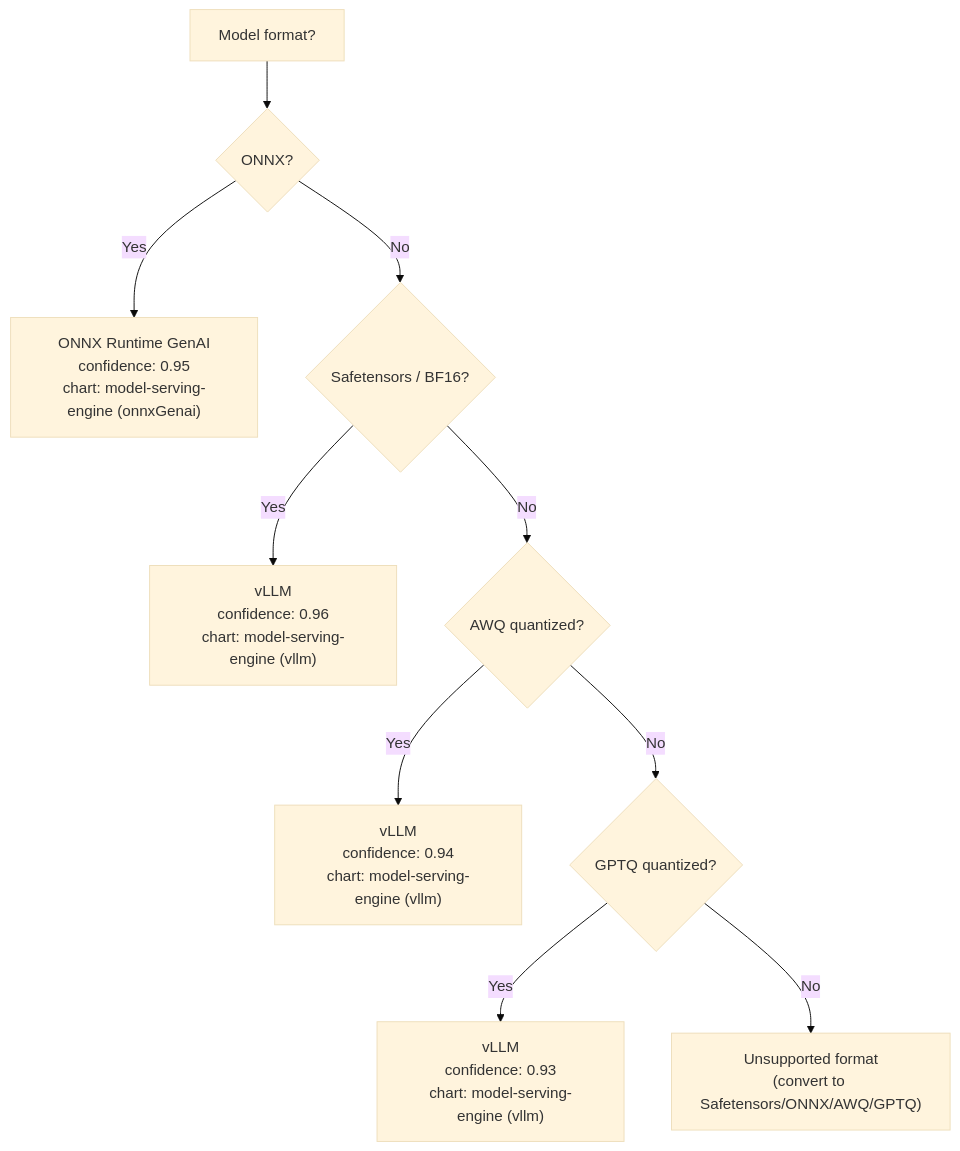
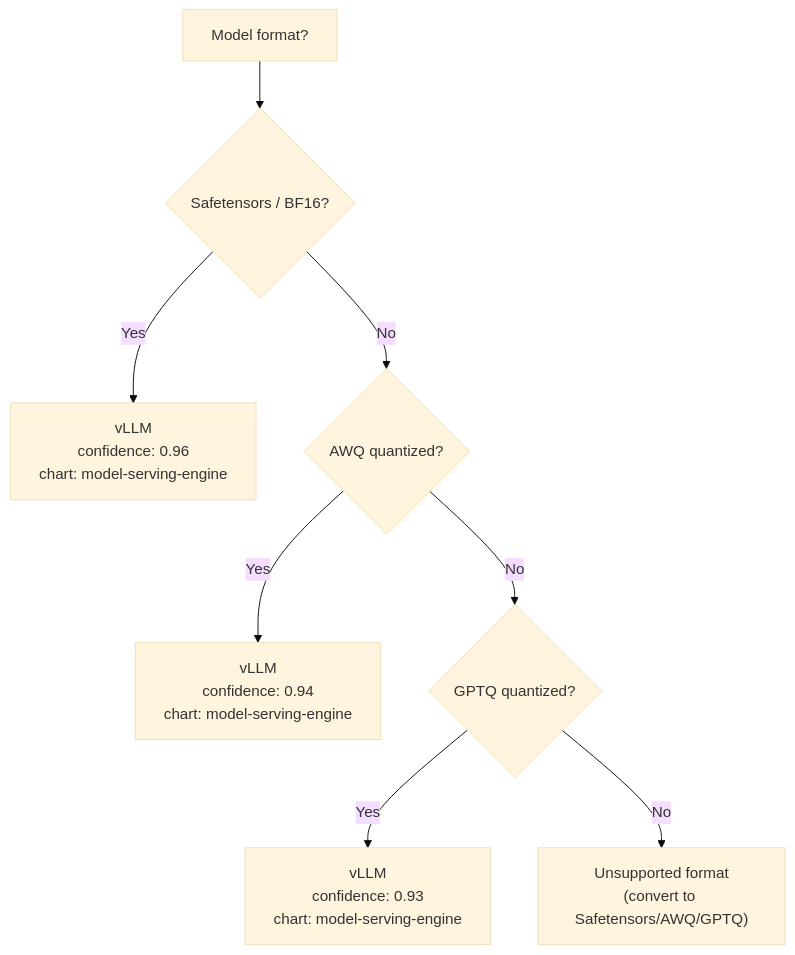
Before and after one commit to ADORSYS-GIS/Custom-Ai-Ops: the ninth of 9 diagrams in README.md, drawn with Mermaid (base theme). The commit also changed other lines of this file and 29 other files, not shown here.

````diff
--- a/README.md
+++ b/README.md
@@ -428,12 +418,10 @@
 ```mermaid
 graph TD
-    Start["Model format?"] --> ONNX{"ONNX?"}
-ONNX -->|"Yes"| ONNXRT["ONNX Runtime GenAI<br/>confidence: 0.95<br/>chart: model-serving-engine (onnxGenai)"]
-    ONNX -->|"No"| ST{"Safetensors / BF16?"}
-    ST -->|"Yes"| VLLM1["vLLM<br/>confidence: 0.96<br/>chart: model-serving-engine (vllm)"]
+    Start["Model format?"] --> ST{"Safetensors / BF16?"}
+    ST -->|"Yes"| VLLM1["vLLM<br/>confidence: 0.96<br/>chart: model-serving-engine"]
     ST -->|"No"| AWQ{"AWQ quantized?"}
-    AWQ -->|"Yes"| VLLM2["vLLM<br/>confidence: 0.94<br/>chart: model-serving-engine (vllm)"]
+    AWQ -->|"Yes"| VLLM2["vLLM<br/>confidence: 0.94<br/>chart: model-serving-engine"]
     AWQ -->|"No"| GPTQ{"GPTQ quantized?"}
-    GPTQ -->|"Yes"| VLLM3["vLLM<br/>confidence: 0.93<br/>chart: model-serving-engine (vllm)"]
-    GPTQ -->|"No"| UNSUPPORTED["Unsupported format<br/>(convert to Safetensors/ONNX/AWQ/GPTQ)"]
+    GPTQ -->|"Yes"| VLLM3["vLLM<br/>confidence: 0.93<br/>chart: model-serving-engine"]
+    GPTQ -->|"No"| UNSUPPORTED["Unsupported format<br/>(convert to Safetensors/AWQ/GPTQ)"]
 ```
````
